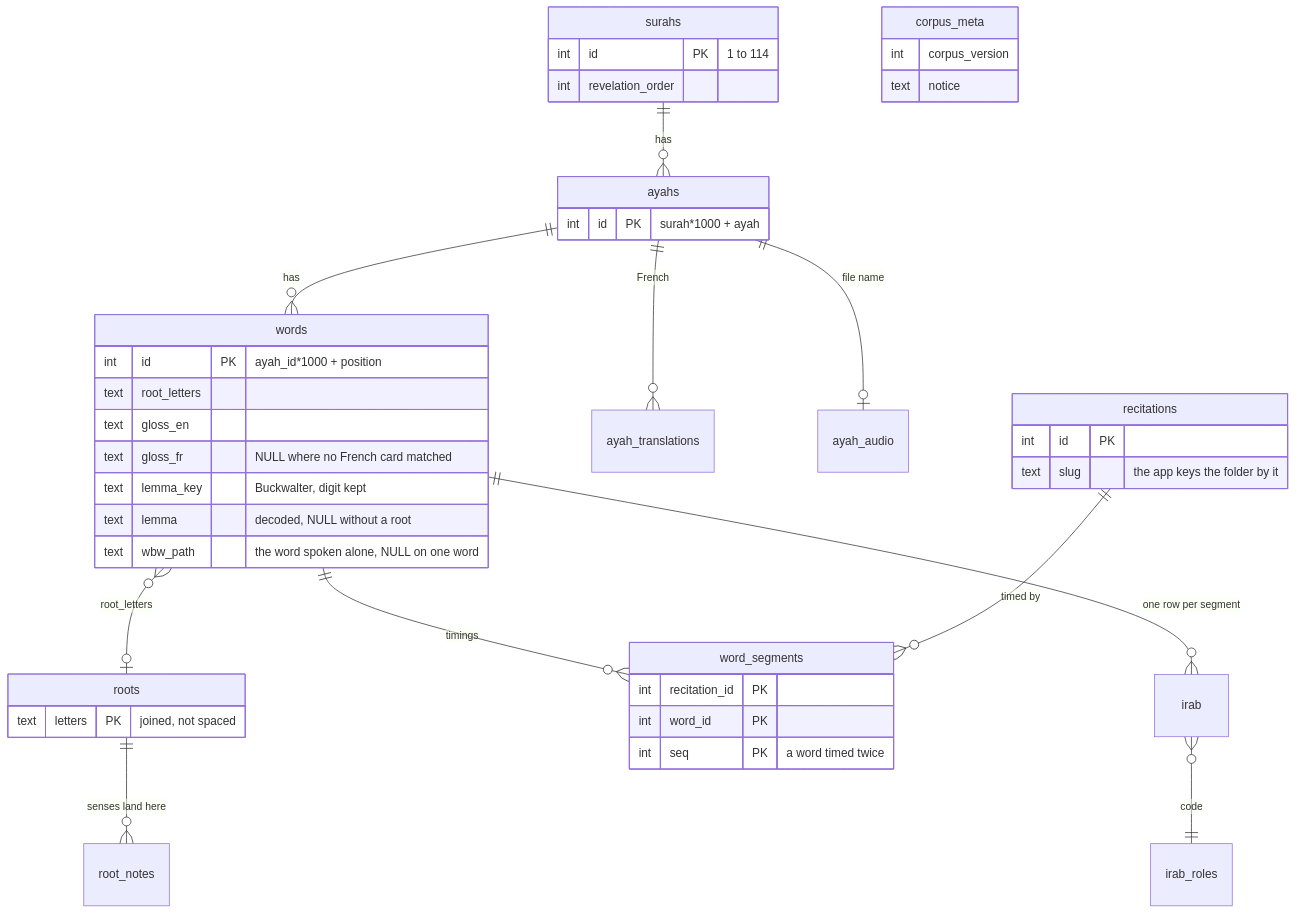
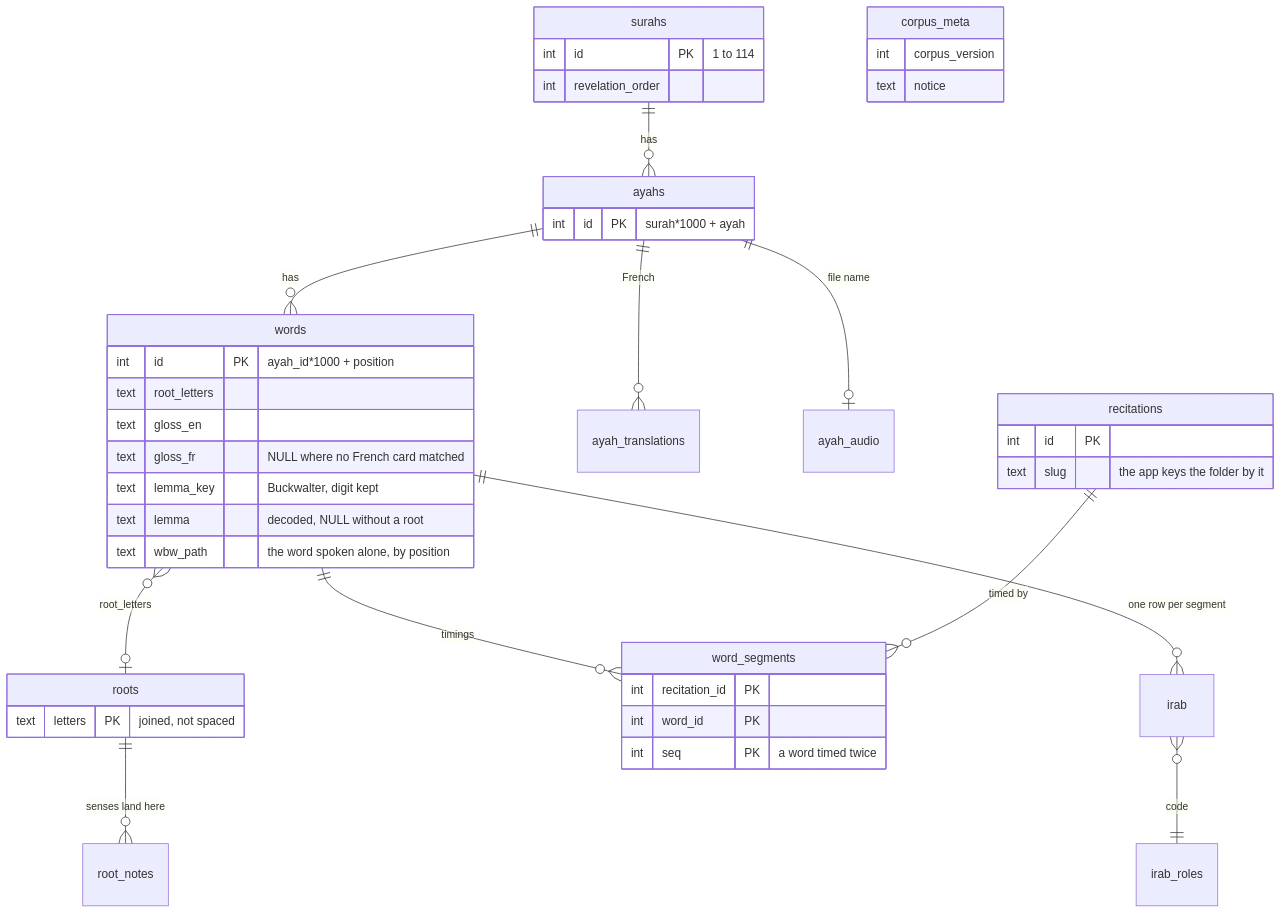
Before and after one commit to MohammadBnei/wird: the third of 4 diagrams in docs/architecture/pipelines/corpus.md, drawn with Mermaid. The commit also changed 12 other files, not shown here.

First line of the commit message:
Find a word's own audio by its position, not by the API's path

````diff
--- a/docs/architecture/pipelines/corpus.md
+++ b/docs/architecture/pipelines/corpus.md
@@ -73,45 +73,45 @@
 ```mermaid
 erDiagram
   surahs ||--o{ ayahs : has
   ayahs ||--o{ words : has
   ayahs ||--o{ ayah_translations : "French"
   ayahs ||--o| ayah_audio : "file name"
   words }o--o| roots : "root_letters"
   words ||--o{ word_segments : "timings"
   words ||--o{ irab : "one row per segment"
   irab }o--|| irab_roles : code
   recitations ||--o{ word_segments : "timed by"
   roots ||--o{ root_notes : "senses land here"
   surahs {
     int id PK "1 to 114"
     int revelation_order
   }
   ayahs {
     int id PK "surah*1000 + ayah"
   }
   words {
     int id PK "ayah_id*1000 + position"
     text root_letters
     text gloss_en
     text gloss_fr "NULL where no French card matched"
     text lemma_key "Buckwalter, digit kept"
     text lemma "decoded, NULL without a root"
-    text wbw_path "the word spoken alone, NULL on one word"
+    text wbw_path "the word spoken alone, by position"
   }
   recitations {
     int id PK
     text slug "the app keys the folder by it"
   }
   word_segments {
     int recitation_id PK
     int word_id PK
     int seq PK "a word timed twice"
   }
   roots {
     text letters PK "joined, not spaced"
   }
   corpus_meta {
     int corpus_version
     text notice
   }
 ```
````
